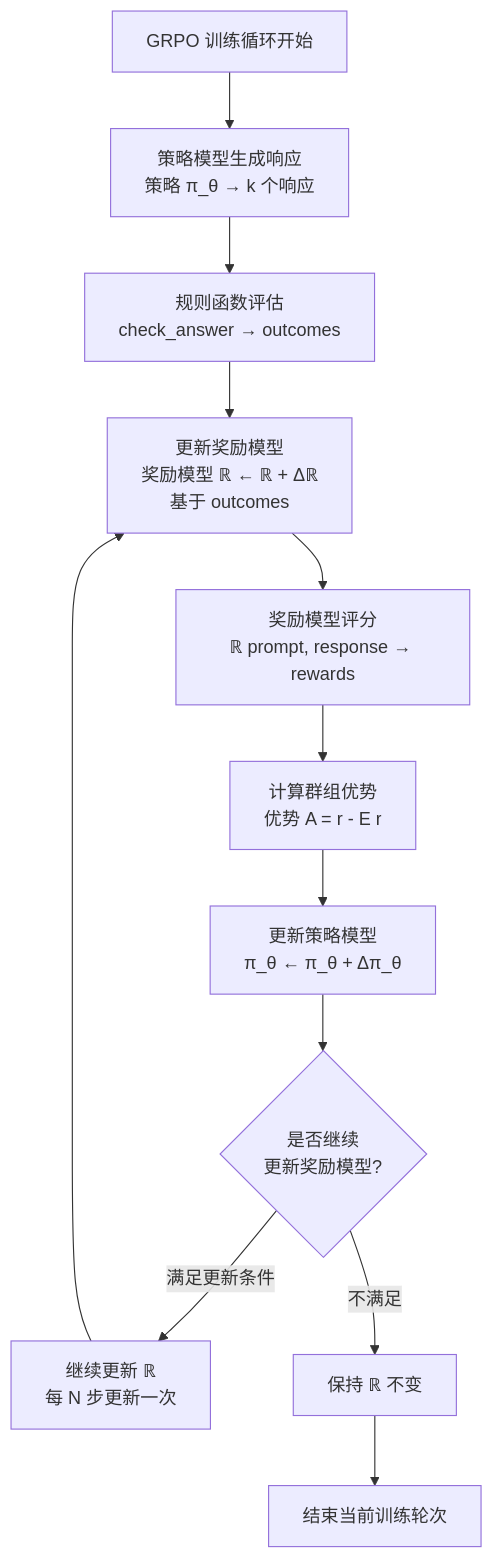
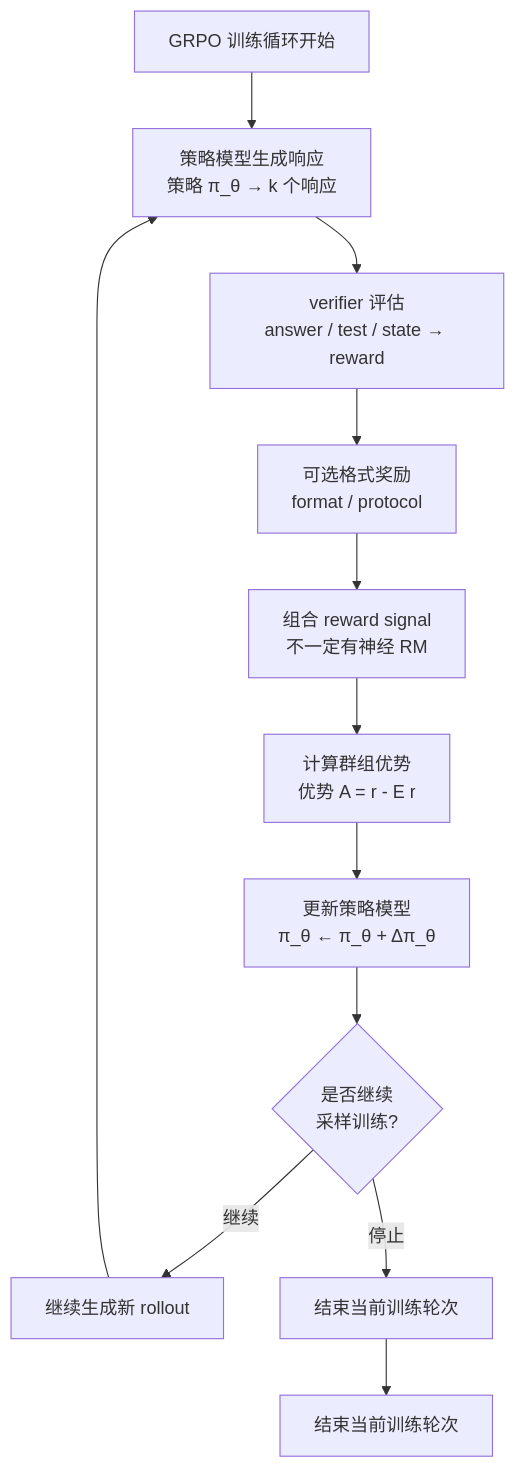
One commit to Hyacehila/hyacehila.github.io changed the second of 2 diagrams in _posts/2025-12-30-Re0HF-04.md. Above: the diagram before and after it, drawn with Mermaid. The commit also changed other lines of this file, not shown here.

````diff
--- a/_posts/2025-12-30-Re0HF-04.md
+++ b/_posts/2025-12-30-Re0HF-04.md
@@ -482,38 +450,38 @@
 ```mermaid
 flowchart TD
     Start[GRPO 训练循环开始]
 
     Step1["策略模型生成响应<br/>策略 π_θ → k 个响应"]
 
-    Step2["规则函数评估<br/>check_answer → outcomes"]
+    Step2["verifier 评估<br/>answer / test / state → reward"]
 
-    Step3["更新奖励模型<br/>奖励模型 ℝ ← ℝ + Δℝ<br/>基于 outcomes"]
+    Step3["可选格式奖励<br/>format / protocol"]
 
-    Step4["奖励模型评分<br/>ℝ prompt, response → rewards"]
+    Step4["组合 reward signal<br/>不一定有神经 RM"]
 
     Step5["计算群组优势<br/>优势 A = r - E r"]
 
     Step6["更新策略模型<br/>π_θ ← π_θ + Δπ_θ"]
 
-    Decision{"是否继续<br/>更新奖励模型?"}
+    Decision{"是否继续<br/>采样训练?"}
 
-    UpdateYes["继续更新 ℝ<br/>每 N 步更新一次"]
+    UpdateYes["继续生成新 rollout"]
 
-    UpdateNo["保持 ℝ 不变"]
+    UpdateNo["结束当前训练轮次"]
 
     End[结束当前训练轮次]
 
     Start --> Step1
     Step1 --> Step2
     Step2 --> Step3
     Step3 --> Step4
     Step4 --> Step5
     Step5 --> Step6
     Step6 --> Decision
 
-    Decision -->|满足更新条件| UpdateYes
-    Decision -->|不满足| UpdateNo
+    Decision -->|继续| UpdateYes
+    Decision -->|停止| UpdateNo
 
-    UpdateYes --> Step3
+    UpdateYes --> Step1
     UpdateNo --> End
 ```
````
